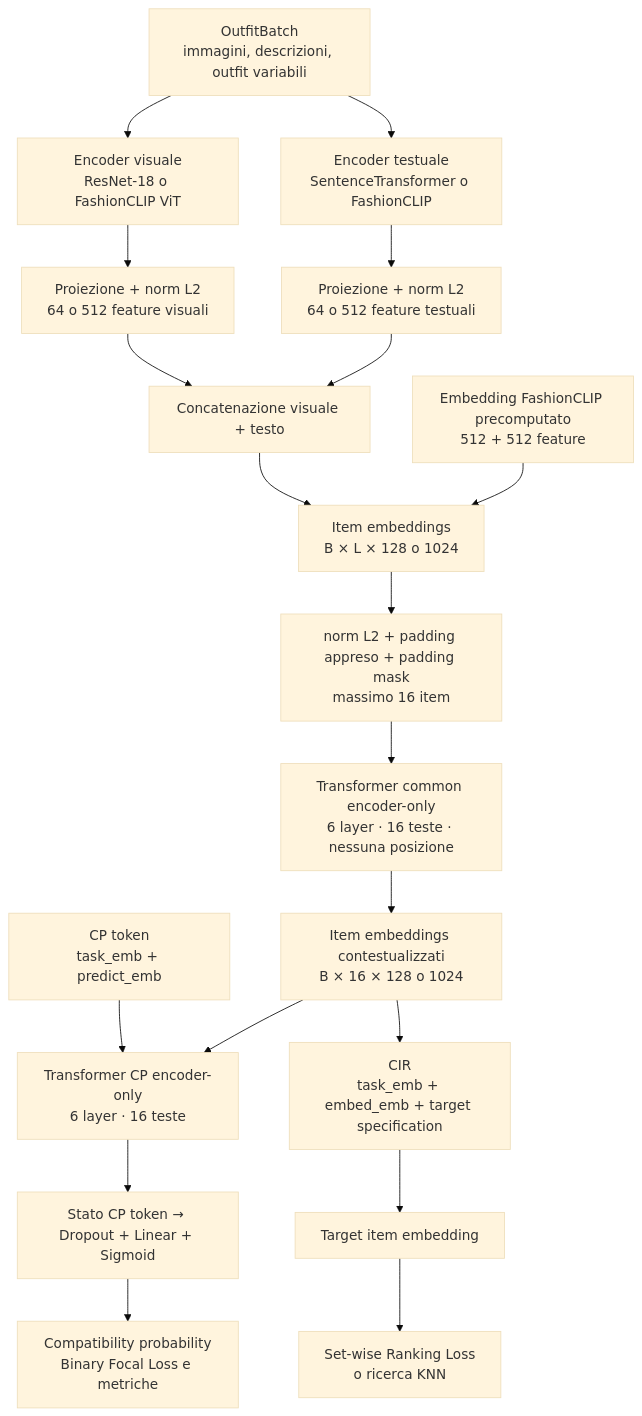
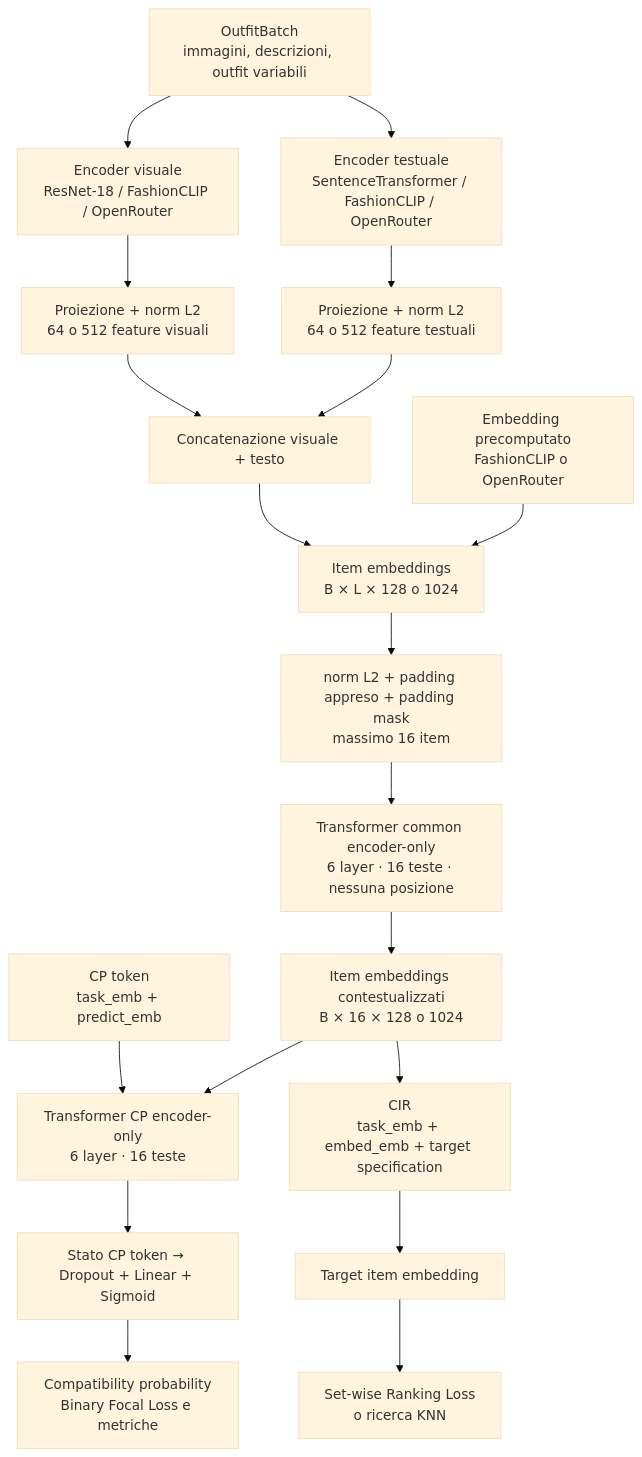
The diagram in README.md (FlorindoDev/OutfitTransformer), drawn with Mermaid (base theme) before and after one commit. The commit also changed other lines of this file and 10 other files, not shown here.

First line of the commit message:
feat(embeddings): add OpenRouter backend

````diff
--- a/README.md
+++ b/README.md
@@ -41,28 +41,28 @@
 ```mermaid
 flowchart TD
     A["OutfitBatch<br/>immagini, descrizioni, outfit variabili"]
 
-    A --> B["Encoder visuale<br/>ResNet-18 o FashionCLIP ViT"]
-    A --> C["Encoder testuale<br/>SentenceTransformer o FashionCLIP"]
+    A --> B["Encoder visuale<br/>ResNet-18 / FashionCLIP / OpenRouter"]
+    A --> C["Encoder testuale<br/>SentenceTransformer / FashionCLIP / OpenRouter"]
 
     B --> D["Proiezione + norm L2<br/>64 o 512 feature visuali"]
     C --> E["Proiezione + norm L2<br/>64 o 512 feature testuali"]
 
     D --> F["Concatenazione visuale + testo"]
     E --> F
 
     F --> G["Item embeddings<br/>B × L × 128 o 1024"]
-    P["Embedding FashionCLIP precomputato<br/>512 + 512 feature"] --> G
+    P["Embedding precomputato<br/>FashionCLIP o OpenRouter"] --> G
     G --> H["norm L2 + padding appreso + padding mask<br/>massimo 16 item"]
     H --> I["Transformer common encoder-only<br/>6 layer · 16 teste · nessuna posizione"]
     I --> J["Item embeddings contestualizzati<br/>B × 16 × 128 o 1024"]
 
     K["CP token<br/>task_emb + predict_emb"] --> L["Transformer CP encoder-only<br/>6 layer · 16 teste"]
     J --> L
     L --> M["Stato CP token → Dropout + Linear + Sigmoid"]
     M --> N["Compatibility probability<br/>Binary Focal Loss e metriche"]
 
     J --> O["CIR<br/>task_emb + embed_emb + target specification"]
     O --> Q["Target item embedding"]
     Q --> R["Set-wise Ranking Loss<br/>o ricerca KNN"]
 ```
````
